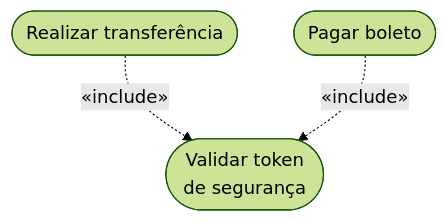
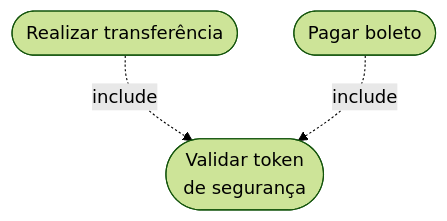
Before and after one commit to leorruas/puc: the seventh of 11 diagrams in 07. Engenharia de Requisitos/08. Modelagem de requisitos com casos de uso e especificações textuais.md, drawn with Mermaid (forest theme). The commit also changed other lines of this file, not shown here.

Commit message:
fix(mermaid): corrige sintaxe de setas e rotulos nos diagramas de casos de uso

````diff
--- a/07. Engenharia de Requisitos/08. Modelagem de requisitos com casos de uso e especificações textuais.md
+++ b/07. Engenharia de Requisitos/08. Modelagem de requisitos com casos de uso e especificações textuais.md
@@ -160,5 +160,5 @@
 ```mermaid
 flowchart TD
-    Transf(["Realizar transferência"]) -.->|"«include»"| Validar(["Validar token<br>de segurança"])
-    Boleto(["Pagar boleto"]) -.->|"«include»"| Validar
+    Transf(["Realizar transferência"]) -.->|include| Validar(["Validar token<br>de segurança"])
+    Boleto(["Pagar boleto"]) -.->|include| Validar
 ```
````
